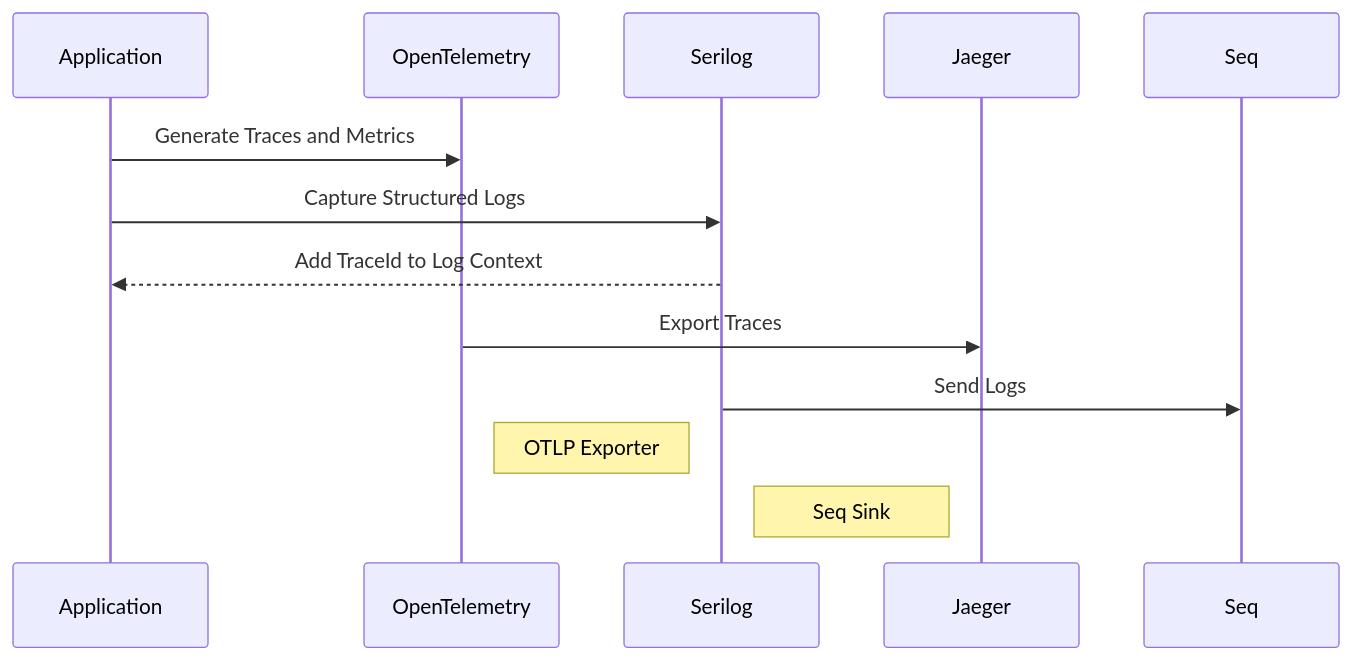
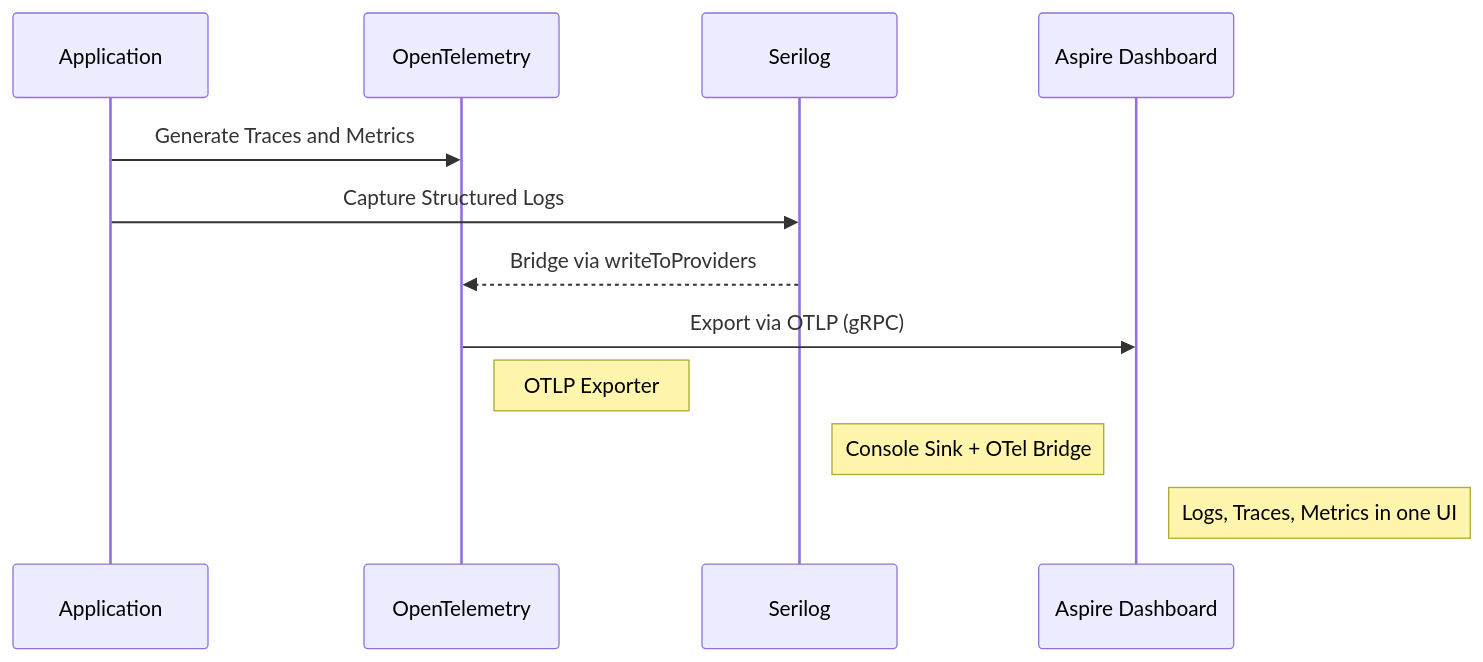
The diagram in docs/mermaid/telemetry.mermaid (IIIA-KO/Lanka), drawn with Mermaid before and after one commit. The commit also changed 21 other files, not shown here.

```diff
--- a/docs/mermaid/telemetry.mermaid
+++ b/docs/mermaid/telemetry.mermaid
@@ -1,15 +1,14 @@
 sequenceDiagram
     participant Application
     participant OpenTelemetry
     participant Serilog
-    participant Jaeger
-    participant Seq
+    participant Dashboard as Aspire Dashboard
 
     Application->>OpenTelemetry: Generate Traces and Metrics
     Application->>Serilog: Capture Structured Logs
-    Serilog-->>Application: Add TraceId to Log Context
-    OpenTelemetry->>Jaeger: Export Traces
-    Serilog->>Seq: Send Logs
+    Serilog-->>OpenTelemetry: Bridge via writeToProviders
+    OpenTelemetry->>Dashboard: Export via OTLP (gRPC)
 
     Note right of OpenTelemetry: OTLP Exporter
-    Note right of Serilog: Seq Sink
+    Note right of Serilog: Console Sink + OTel Bridge
+    Note right of Dashboard: Logs, Traces, Metrics in one UI
```
